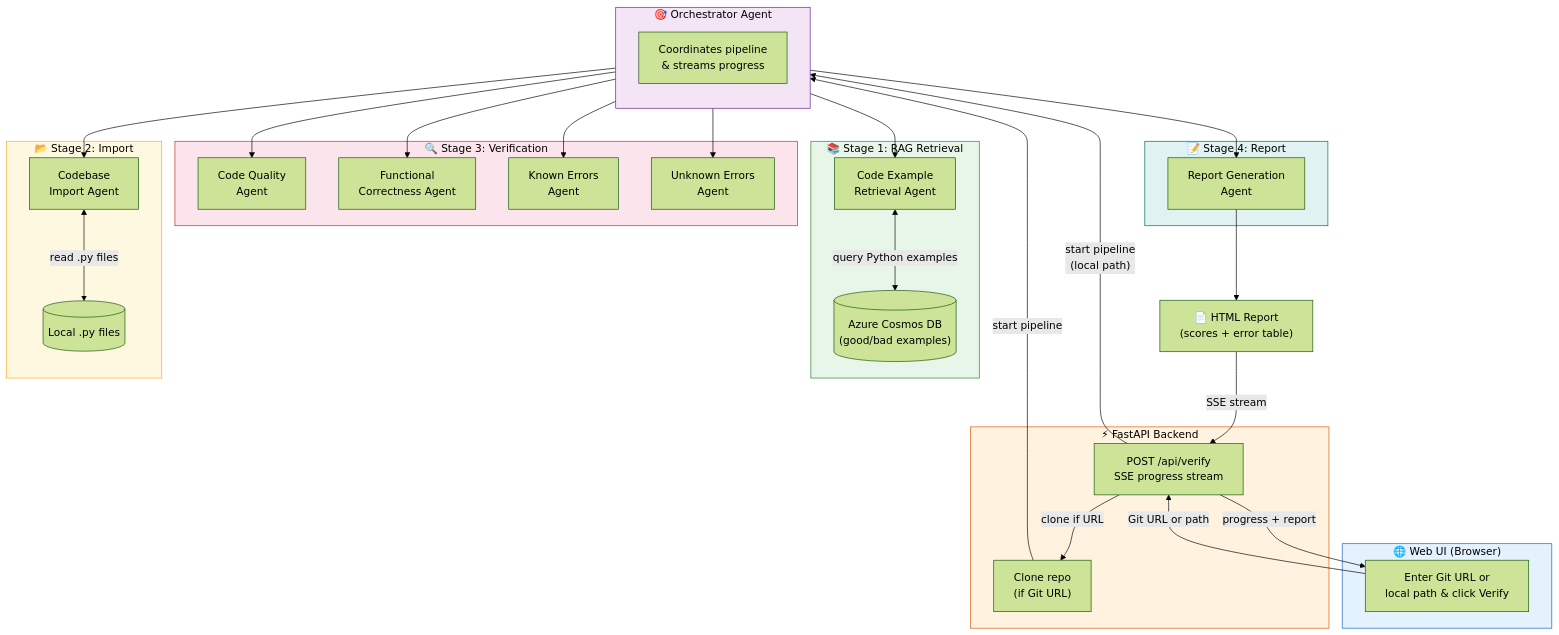
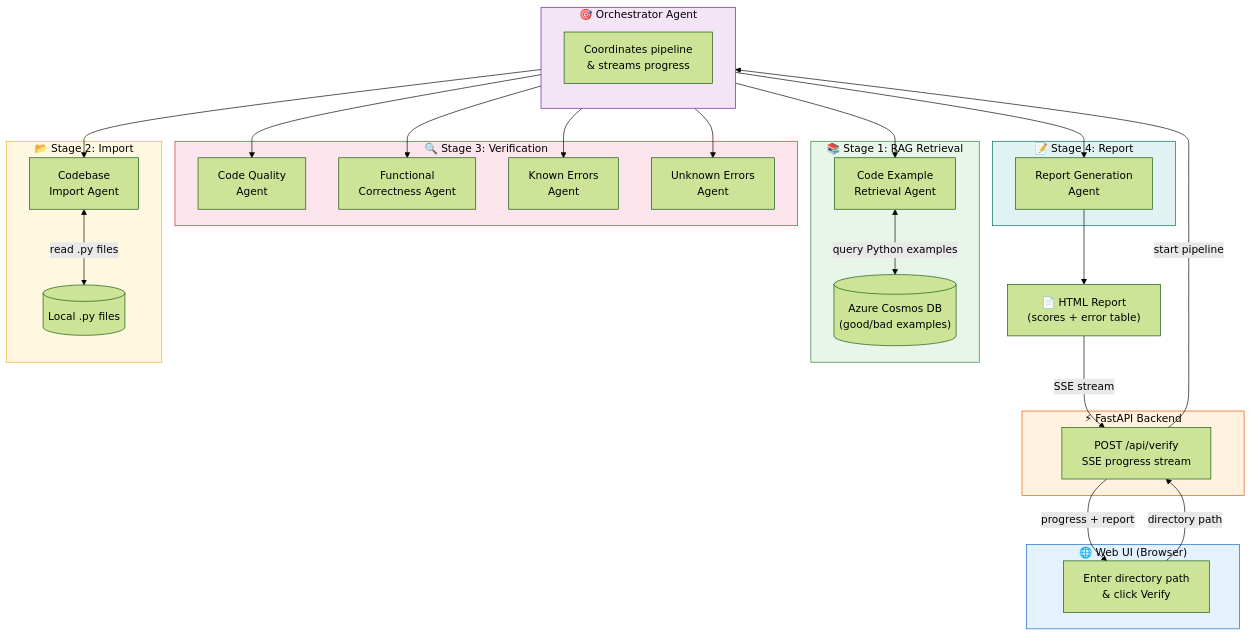
One commit to leestott/opustest changed the diagram in README.md. Above: the diagram before and after it, drawn with Mermaid (forest theme). The commit also changed other lines of this file and 7 other files, not shown here.

````diff
--- a/README.md
+++ b/README.md
@@ -61,61 +61,58 @@
 ```mermaid
 flowchart TD
     subgraph UI["🌐 Web UI (Browser)"]
-        A["Enter Git URL or\nlocal path & click Verify"]
+        A["Enter directory path\n& click Verify"]
     end
 
     subgraph Server["⚡ FastAPI Backend"]
         B["POST /api/verify\nSSE progress stream"]
-        B2["Clone repo\n(if Git URL)"]
     end
 
     subgraph Orchestrator["🎯 Orchestrator Agent"]
         direction TB
         C["Coordinates pipeline\n& streams progress"]
     end
 
     subgraph Stage1["📚 Stage 1: RAG Retrieval"]
         D["Code Example\nRetrieval Agent"]
         E[("Azure Cosmos DB\n(good/bad examples)")]
     end
 
     subgraph Stage2["📂 Stage 2: Import"]
         F["Codebase\nImport Agent"]
         G[("Local .py files")]
     end
 
     subgraph Stage3["🔍 Stage 3: Verification"]
         H["Code Quality\nAgent"]
         I["Functional\nCorrectness Agent"]
         J["Known Errors\nAgent"]
         K["Unknown Errors\nAgent"]
     end
 
     subgraph Stage4["📝 Stage 4: Report"]
         L["Report Generation\nAgent"]
     end
 
     M["📄 HTML Report\n(scores + error table)"]
 
-    A -->|"Git URL or path"| B
-    B -->|"clone if URL"| B2
-    B2 -->|"start pipeline"| C
-    B -->|"start pipeline\n(local path)"| C
+    A -->|"directory path"| B
+    B -->|"start pipeline"| C
     C --> D
     D <-->|"query Python examples"| E
     C --> F
     F <-->|"read .py files"| G
     C --> H & I & J & K
     C --> L
     L --> M
     M -->|"SSE stream"| B
     B -->|"progress + report"| A
 
     style UI fill:#e3f2fd,stroke:#1565c0,color:#000
     style Server fill:#fff3e0,stroke:#e65100,color:#000
     style Orchestrator fill:#f3e5f5,stroke:#6a1b9a,color:#000
     style Stage1 fill:#e8f5e9,stroke:#2e7d32,color:#000
     style Stage2 fill:#fff8e1,stroke:#f9a825,color:#000
     style Stage3 fill:#fce4ec,stroke:#c62828,color:#000
     style Stage4 fill:#e0f2f1,stroke:#00695c,color:#000
 ```
````
